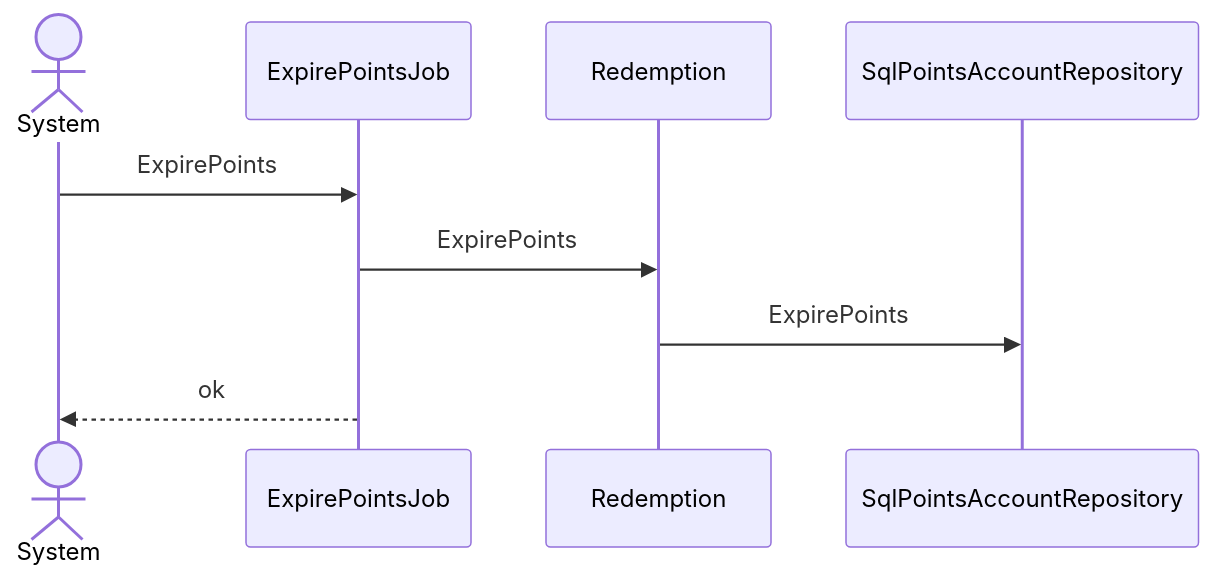
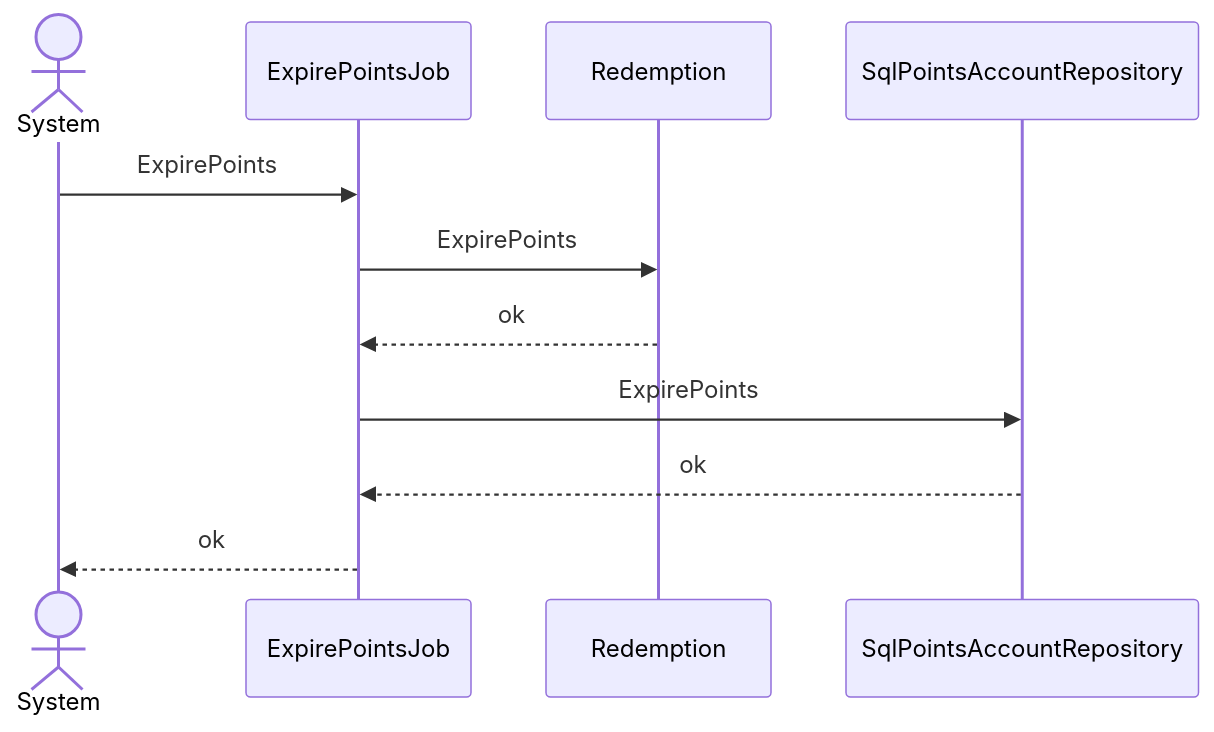
Before and after one commit to pin0513/AITools: the fifth of 6 diagrams in skills/spec-dev-process/examples/matrix/be-only-zh-s3/specs/rd/points-redemption/spec/30-architecture-c4.md, drawn with Mermaid. The commit also changed other lines of this file and 257 other files, not shown here.

````diff
--- a/skills/spec-dev-process/examples/matrix/be-only-zh-s3/specs/rd/points-redemption/spec/30-architecture-c4.md
+++ b/skills/spec-dev-process/examples/matrix/be-only-zh-s3/specs/rd/points-redemption/spec/30-architecture-c4.md
@@ -95,11 +99,13 @@
 ```mermaid
 sequenceDiagram
   actor U as System
   participant CMP003 as ExpirePointsJob
   participant CMP005 as Redemption
   participant CMP006 as SqlPointsAccountRepository
   U->>CMP003: ExpirePoints
   CMP003->>CMP005: ExpirePoints
-  CMP005->>CMP006: ExpirePoints
+  CMP005-->>CMP003: ok
+  CMP003->>CMP006: ExpirePoints
+  CMP006-->>CMP003: ok
   CMP003-->>U: ok
 ```
````
